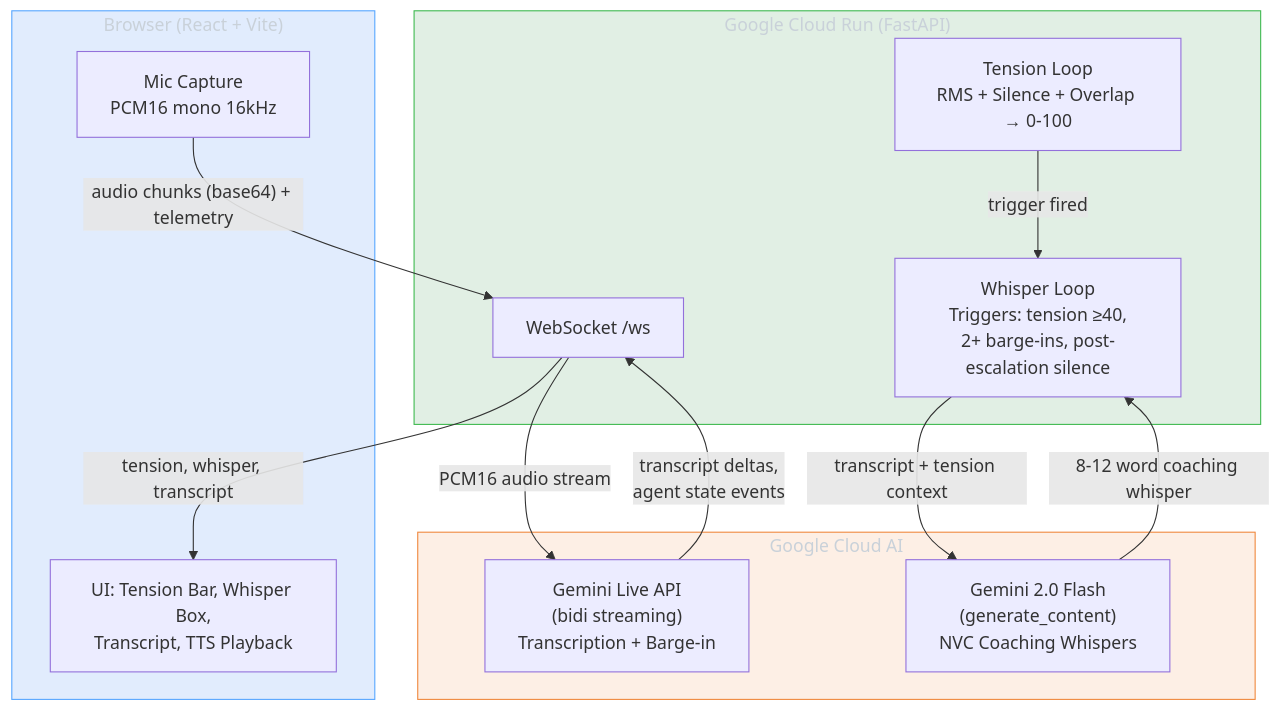
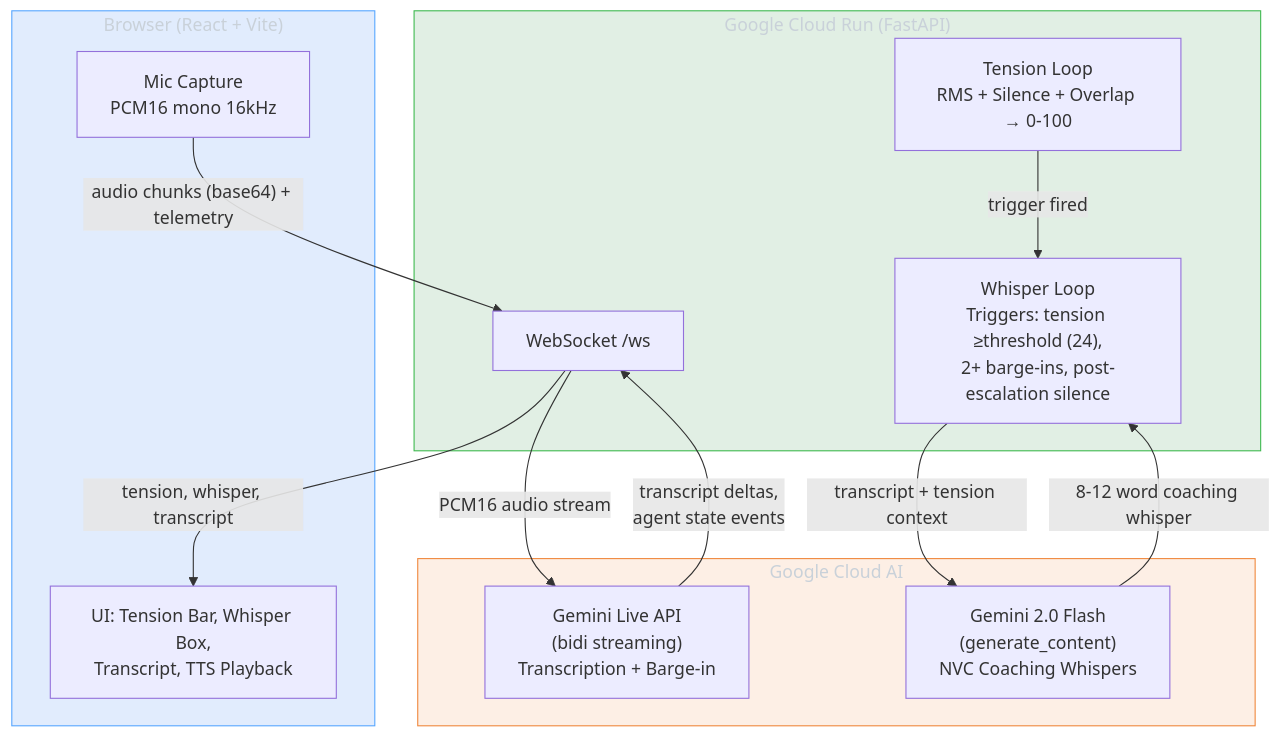
One commit to prabhakaran-jm/gemini-live-empathic-copilot changed the diagram in docs/ARCHITECTURE.md. Above: the diagram before and after it, drawn with Mermaid. The commit also changed other lines of this file and 27 other files, not shown here.

````diff
--- a/docs/ARCHITECTURE.md
+++ b/docs/ARCHITECTURE.md
@@ -5,30 +5,30 @@
 ```mermaid
 graph TB
     subgraph Browser ["Browser (React + Vite)"]
         MIC["Mic Capture<br/>PCM16 mono 16kHz"]
         UI["UI: Tension Bar, Whisper Box,<br/>Transcript, TTS Playback"]
     end
 
     subgraph CloudRun ["Google Cloud Run (FastAPI)"]
         WS["WebSocket /ws"]
         TL["Tension Loop<br/>RMS + Silence + Overlap → 0-100"]
-        WL["Whisper Loop<br/>Triggers: tension ≥40,<br/>2+ barge-ins, post-escalation silence"]
+        WL["Whisper Loop<br/>Triggers: tension ≥threshold (24),<br/>2+ barge-ins, post-escalation silence"]
     end
 
     subgraph GCP ["Google Cloud AI"]
         LIVE["Gemini Live API<br/>(bidi streaming)<br/>Transcription + Barge-in"]
         FLASH["Gemini 2.0 Flash<br/>(generate_content)<br/>NVC Coaching Whispers"]
     end
 
     MIC -- "audio chunks (base64) + telemetry" --> WS
     WS -- "tension, whisper, transcript" --> UI
     WS -- "PCM16 audio stream" --> LIVE
     LIVE -- "transcript deltas,<br/>agent state events" --> WS
     TL -- "trigger fired" --> WL
     WL -- "transcript + tension context" --> FLASH
     FLASH -- "8-12 word coaching whisper" --> WL
 
     style Browser fill:#1f6feb22,stroke:#58a6ff,color:#c9d1d9
     style CloudRun fill:#23863622,stroke:#3fb950,color:#c9d1d9
     style GCP fill:#f0883e22,stroke:#f0883e,color:#c9d1d9
 ```
````
